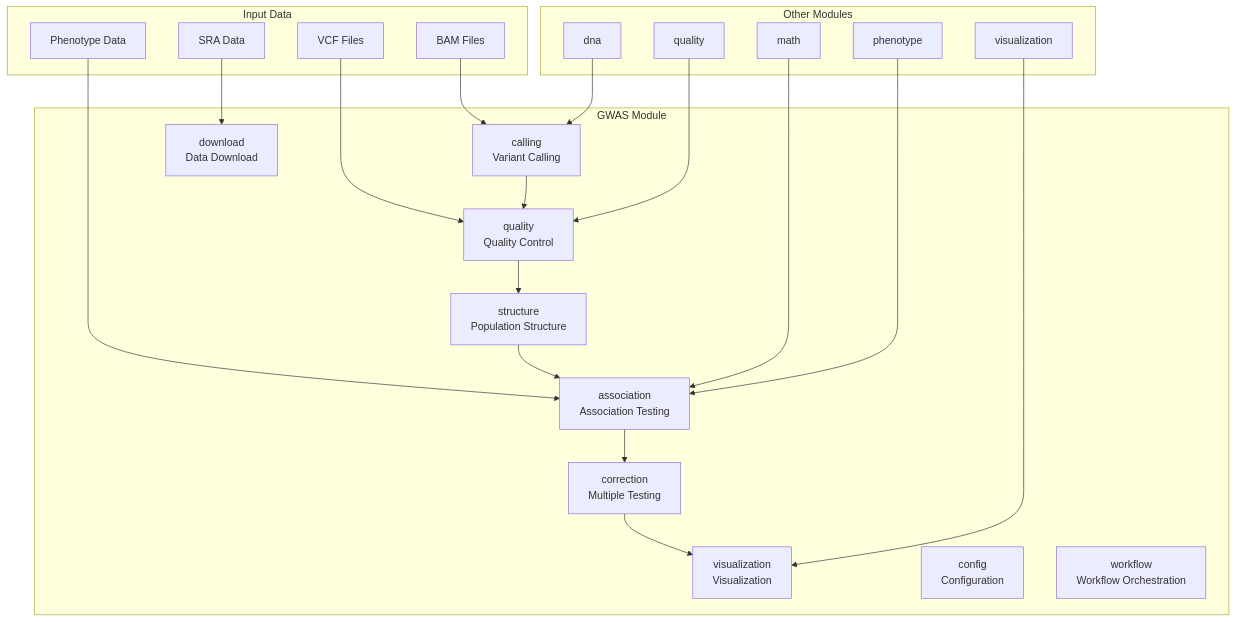
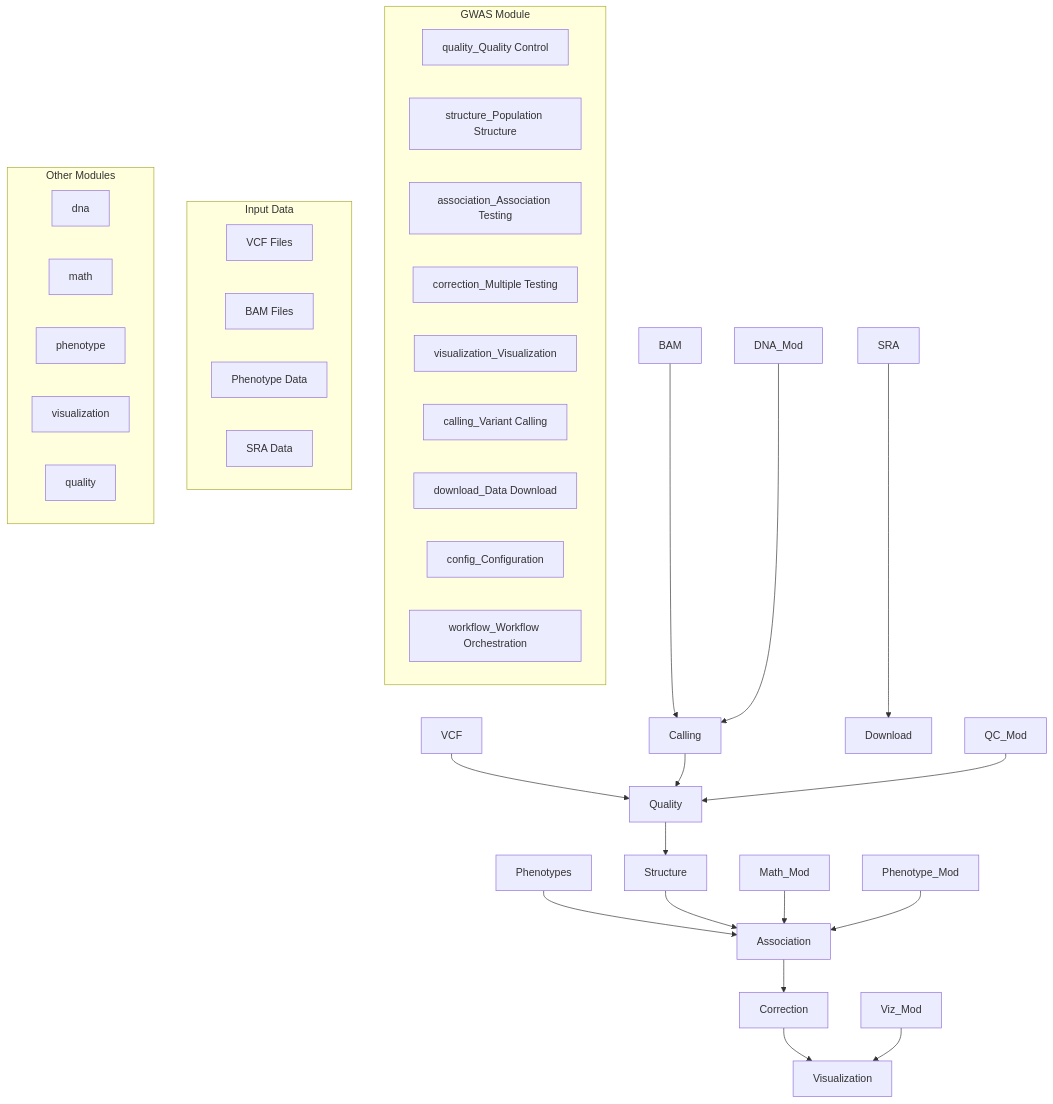
Before and after one commit to docxology/MetaInformAnt: the first of 5 diagrams in src/metainformant/gwas/README.md, drawn with Mermaid. The commit also changed other lines of this file and 611 other files, not shown here.

````diff
--- a/src/metainformant/gwas/README.md
+++ b/src/metainformant/gwas/README.md
@@ -11,44 +11,44 @@
 ```mermaid
 graph TB
     subgraph "GWAS Module"
-        Quality[quality<br/>Quality Control]
-        Structure[structure<br/>Population Structure]
-        Association[association<br/>Association Testing]
-        Correction[correction<br/>Multiple Testing]
-        Visualization[visualization<br/>Visualization]
-        Calling[calling<br/>Variant Calling]
-        Download[download<br/>Data Download]
-        Config[config<br/>Configuration]
-        Workflow[workflow<br/>Workflow Orchestration]
+        QualityqualityQualityControl[quality_Quality Control]
+        StructurestructurePopulationStructure[structure_Population Structure]
+        AssociationassociationAssociationTesting[association_Association Testing]
+        CorrectioncorrectionMultipleTesting[correction_Multiple Testing]
+        VisualizationvisualizationVisualization[visualization_Visualization]
+        CallingcallingVariantCalling[calling_Variant Calling]
+        DownloaddownloadDataDownload[download_Data Download]
+        ConfigconfigConfiguration[config_Configuration]
+        WorkflowworkflowWorkflowOrchestration[workflow_Workflow Orchestration]
     end
     
     subgraph "Input Data"
-        VCF[VCF Files]
-        BAM[BAM Files]
-        Phenotypes[Phenotype Data]
-        SRA[SRA Data]
+        VCFvcfFiles[VCF Files]
+        BAMbamFiles[BAM Files]
+        PhenotypesphenotypeData[Phenotype Data]
+        SRAsraData[SRA Data]
     end
     
     subgraph "Other Modules"
-        DNA_Mod[dna]
-        Math_Mod[math]
-        Phenotype_Mod[phenotype]
-        Viz_Mod[visualization]
-        QC_Mod[quality]
+        dna[dna]
+        math[math]
+        phenotype[phenotype]
+        visualization[visualization]
+        quality[quality]
     end
     
     VCF --> Quality
     BAM --> Calling
     Phenotypes --> Association
     SRA --> Download
     Quality --> Structure
     Calling --> Quality
     Structure --> Association
     Association --> Correction
     Correction --> Visualization
     DNA_Mod --> Calling
     Math_Mod --> Association
     Phenotype_Mod --> Association
     Viz_Mod --> Visualization
     QC_Mod --> Quality
 ```
````
